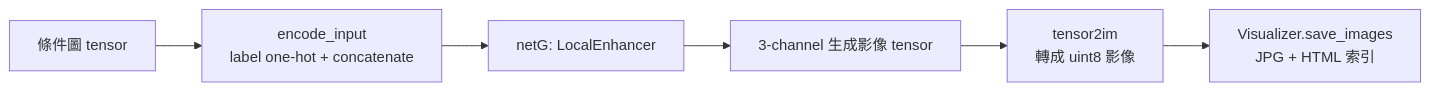
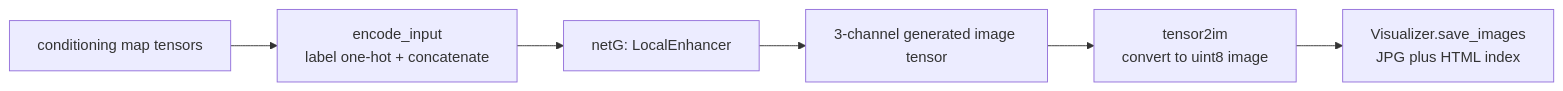
Before and after one commit to Anthony1011/CARLAtoreal: the second of 2 diagrams in docs/INFERENCE_FLOW.md, drawn with Mermaid. The commit also changed other lines of this file and 4 other files, not shown here.

````diff
--- a/docs/INFERENCE_FLOW.md
+++ b/docs/INFERENCE_FLOW.md
@@ -60,8 +83,8 @@
 ```mermaid
 flowchart LR
-    A[條件圖 tensor] --> B[encode_input<br/>label one-hot + concatenate]
+    A[conditioning map tensors] --> B[encode_input<br/>label one-hot + concatenate]
     B --> C[netG: LocalEnhancer]
-    C --> D[3-channel 生成影像 tensor]
-    D --> E[tensor2im<br/>轉成 uint8 影像]
-    E --> F[Visualizer.save_images<br/>JPG + HTML 索引]
+    C --> D[3-channel generated image tensor]
+    D --> E[tensor2im<br/>convert to uint8 image]
+    E --> F[Visualizer.save_images<br/>JPG plus HTML index]
 ```
````
